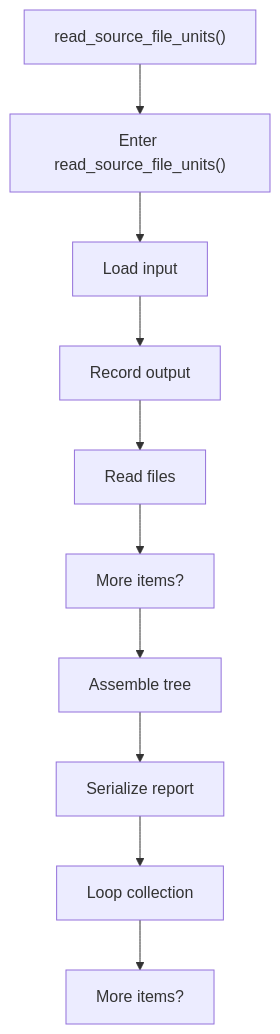
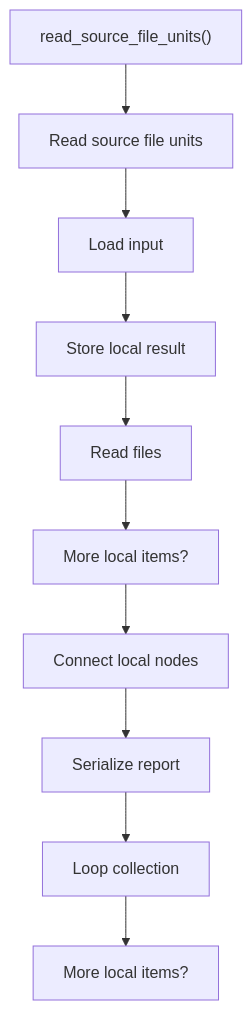
The fourth of 6 diagrams in docs/Codebase/Microservice/Modules/Source/Analysis/Input/source_reader.cpp.md (JohnAndrewBalbarosa/NeoTerritory), drawn with Mermaid before and after one commit. The commit also changed other lines of this file and 925 other files, not shown here.

````diff
--- a/docs/Codebase/Microservice/Modules/Source/Analysis/Input/source_reader.cpp.md
+++ b/docs/Codebase/Microservice/Modules/Source/Analysis/Input/source_reader.cpp.md
@@ -132,22 +131,22 @@
 ```mermaid
 flowchart TD
     N0["read_source_file_units()"]
-    N1["Enter read_source_file_units()"]
+    N1["Read source file units"]
     N2["Load input"]
-    N3["Record output"]
+    N3["Store local result"]
     N4["Read files"]
-    N5["More items?"]
-    N6["Assemble tree"]
+    N5["More local items?"]
+    N6["Connect local nodes"]
     N7["Serialize report"]
     N8["Loop collection"]
-    N9["More items?"]
+    N9["More local items?"]
     N0 --> N1
     N1 --> N2
     N2 --> N3
     N3 --> N4
     N4 --> N5
     N5 --> N6
     N6 --> N7
     N7 --> N8
     N8 --> N9
 ```
````
